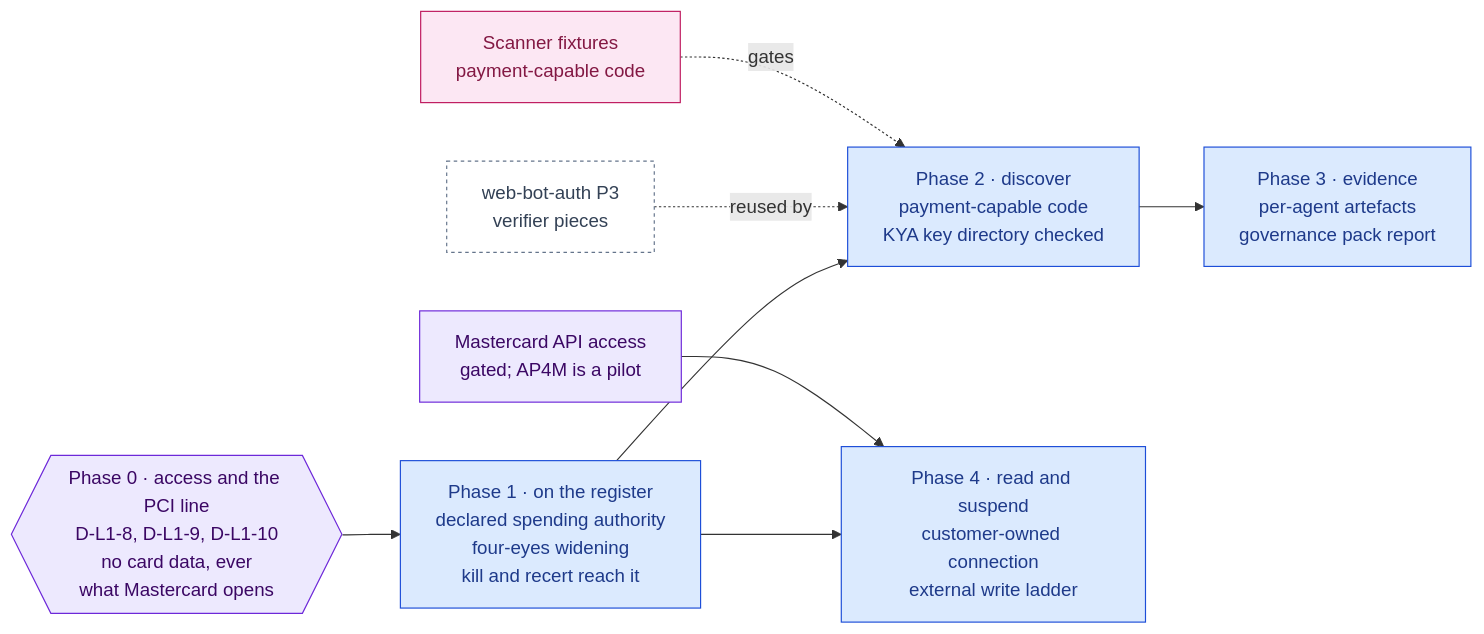
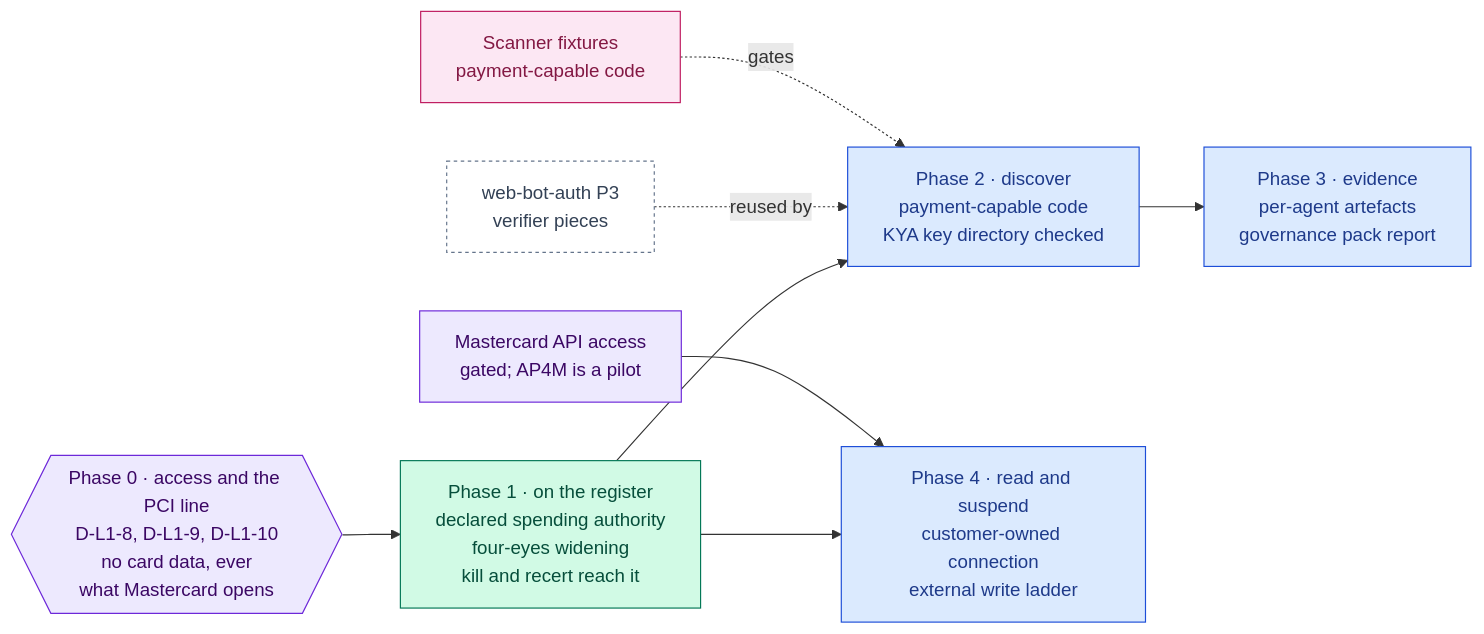
Before and after one commit to RodnaPamet/inflect-compliance: the diagram in docs/ai-architecture/mastercard-agent-pay.md, drawn with Mermaid. The commit also changed other lines of this file and 38 other files, not shown here.

````diff
--- a/docs/ai-architecture/mastercard-agent-pay.md
+++ b/docs/ai-architecture/mastercard-agent-pay.md
@@ -32,23 +32,23 @@
 ```mermaid
 flowchart LR
   P0{{"Phase 0 · access and the PCI line<br/>D-L1-8, D-L1-9, D-L1-10<br/>no card data, ever<br/>what Mastercard opens"}}:::gate
-  P1["Phase 1 · on the register<br/>declared spending authority<br/>four-eyes widening<br/>kill and recert reach it"]:::todo
+  P1["Phase 1 · on the register<br/>declared spending authority<br/>four-eyes widening<br/>kill and recert reach it"]:::done
   P2["Phase 2 · discover<br/>payment-capable code<br/>KYA key directory checked"]:::todo
   P3["Phase 3 · evidence<br/>per-agent artefacts<br/>governance pack report"]:::todo
   ACC["Mastercard API access<br/>gated; AP4M is a pilot"]:::gate
   P4["Phase 4 · read and suspend<br/>customer-owned connection<br/>external write ladder"]:::todo
   WB["web-bot-auth P3<br/>verifier pieces"]:::ext
   REC["Scanner fixtures<br/>payment-capable code"]:::eval
   P0 --> P1 --> P2 --> P3
   P1 --> P4
   ACC --> P4
   WB -.->|reused by| P2
   REC -.->|gates| P2
 
   classDef done fill:#d1fae5,stroke:#047857,color:#064e3b
   classDef todo fill:#dbeafe,stroke:#1d4ed8,color:#1e3a8a
   classDef gate fill:#ede9fe,stroke:#6d28d9,color:#3b0764
   classDef ext fill:#ffffff,stroke:#64748b,color:#334155,stroke-dasharray:3 3
   classDef eval fill:#fce7f3,stroke:#be185d,color:#831843
   classDef declined fill:#f3f4f6,stroke:#6b7280,color:#374151,stroke-dasharray:4 3
 ```
````
